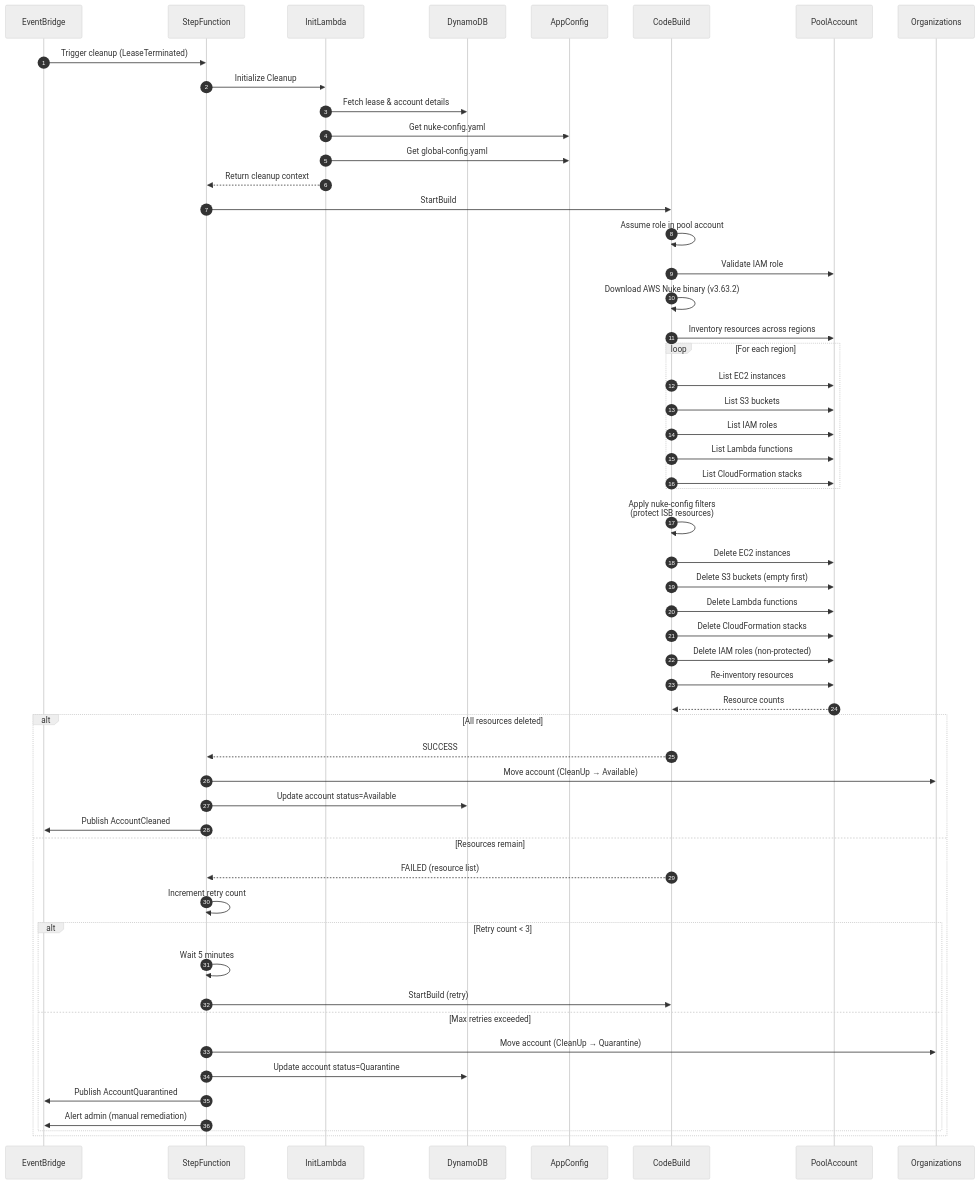
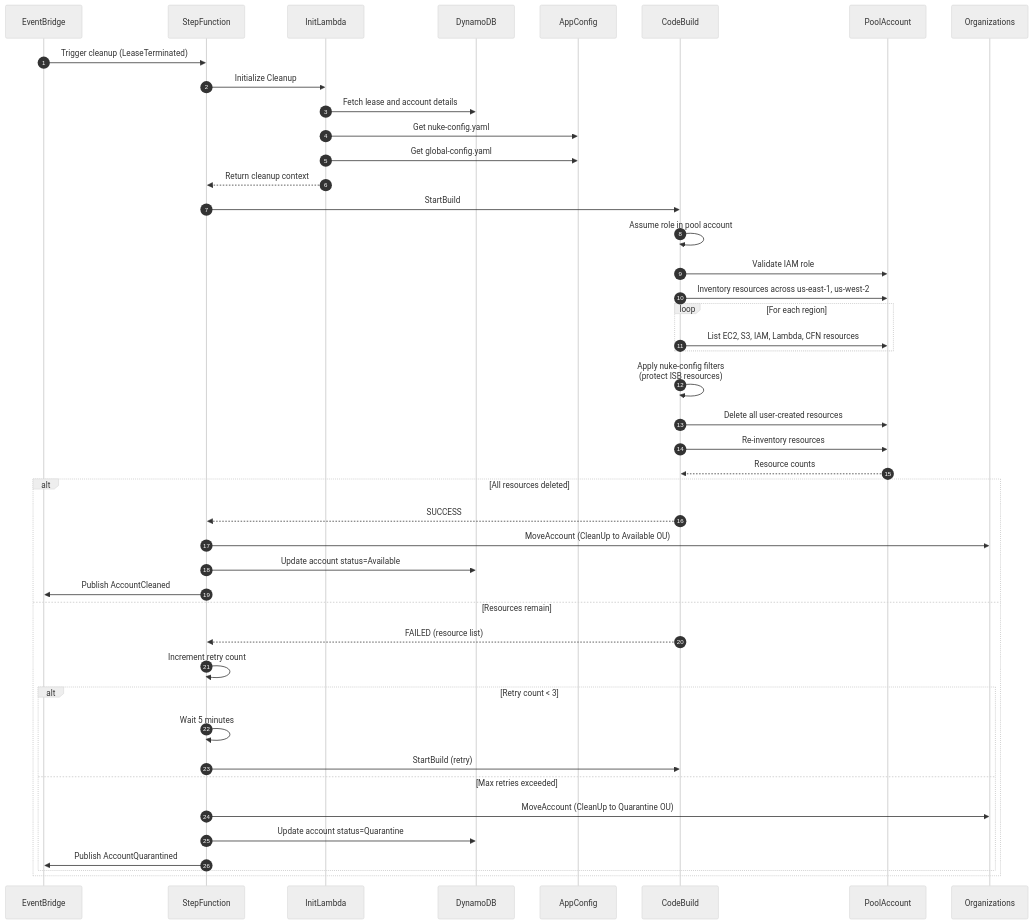
Before and after one commit to co-cddo/ndx-try-arch: the sixth of 7 diagrams in docs/82-process-flows.md, drawn with Mermaid (neutral theme). The commit also changed other lines of this file and 41 other files, not shown here.

First line of the commit message:
docs: update NDX architecture documentation (#9)

````diff
--- a/docs/82-process-flows.md
+++ b/docs/82-process-flows.md
@@ -453,67 +385,56 @@
 ```mermaid
 sequenceDiagram
     autonumber
     participant EventBridge
     participant StepFunction
     participant InitLambda
     participant DynamoDB
     participant AppConfig
     participant CodeBuild
     participant PoolAccount
     participant Organizations
 
     EventBridge->>StepFunction: Trigger cleanup (LeaseTerminated)
 
     StepFunction->>InitLambda: Initialize Cleanup
-    InitLambda->>DynamoDB: Fetch lease & account details
+    InitLambda->>DynamoDB: Fetch lease and account details
     InitLambda->>AppConfig: Get nuke-config.yaml
     InitLambda->>AppConfig: Get global-config.yaml
     InitLambda-->>StepFunction: Return cleanup context
 
     StepFunction->>CodeBuild: StartBuild
 
     CodeBuild->>CodeBuild: Assume role in pool account
     CodeBuild->>PoolAccount: Validate IAM role
 
-    CodeBuild->>CodeBuild: Download AWS Nuke binary (v3.63.2)
-    CodeBuild->>PoolAccount: Inventory resources across regions
+    CodeBuild->>PoolAccount: Inventory resources across us-east-1, us-west-2
 
     loop For each region
-        CodeBuild->>PoolAccount: List EC2 instances
-        CodeBuild->>PoolAccount: List S3 buckets
-        CodeBuild->>PoolAccount: List IAM roles
-        CodeBuild->>PoolAccount: List Lambda functions
-        CodeBuild->>PoolAccount: List CloudFormation stacks
+        CodeBuild->>PoolAccount: List EC2, S3, IAM, Lambda, CFN resources
     end
 
     CodeBuild->>CodeBuild: Apply nuke-config filters<br/>(protect ISB resources)
 
-    CodeBuild->>PoolAccount: Delete EC2 instances
-    CodeBuild->>PoolAccount: Delete S3 buckets (empty first)
-    CodeBuild->>PoolAccount: Delete Lambda functions
-    CodeBuild->>PoolAccount: Delete CloudFormation stacks
-    CodeBuild->>PoolAccount: Delete IAM roles (non-protected)
-
+    CodeBuild->>PoolAccount: Delete all user-created resources
     CodeBuild->>PoolAccount: Re-inventory resources
     PoolAccount-->>CodeBuild: Resource counts
 
     alt All resources deleted
         CodeBuild-->>StepFunction: SUCCESS
-        StepFunction->>Organizations: Move account (CleanUp → Available)
+        StepFunction->>Organizations: MoveAccount (CleanUp to Available OU)
         StepFunction->>DynamoDB: Update account status=Available
         StepFunction->>EventBridge: Publish AccountCleaned
     else Resources remain
         CodeBuild-->>StepFunction: FAILED (resource list)
         StepFunction->>StepFunction: Increment retry count
 
         alt Retry count < 3
             StepFunction->>StepFunction: Wait 5 minutes
             StepFunction->>CodeBuild: StartBuild (retry)
         else Max retries exceeded
-            StepFunction->>Organizations: Move account (CleanUp → Quarantine)
+            StepFunction->>Organizations: MoveAccount (CleanUp to Quarantine OU)
             StepFunction->>DynamoDB: Update account status=Quarantine
             StepFunction->>EventBridge: Publish AccountQuarantined
-            StepFunction->>EventBridge: Alert admin (manual remediation)
         end
     end
 ```
````
